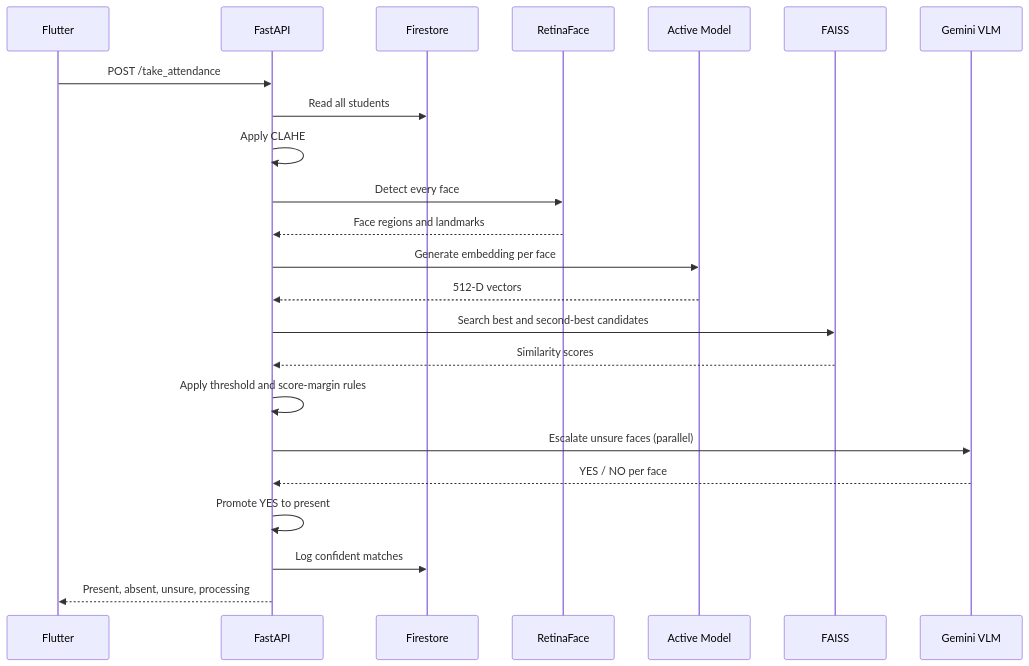
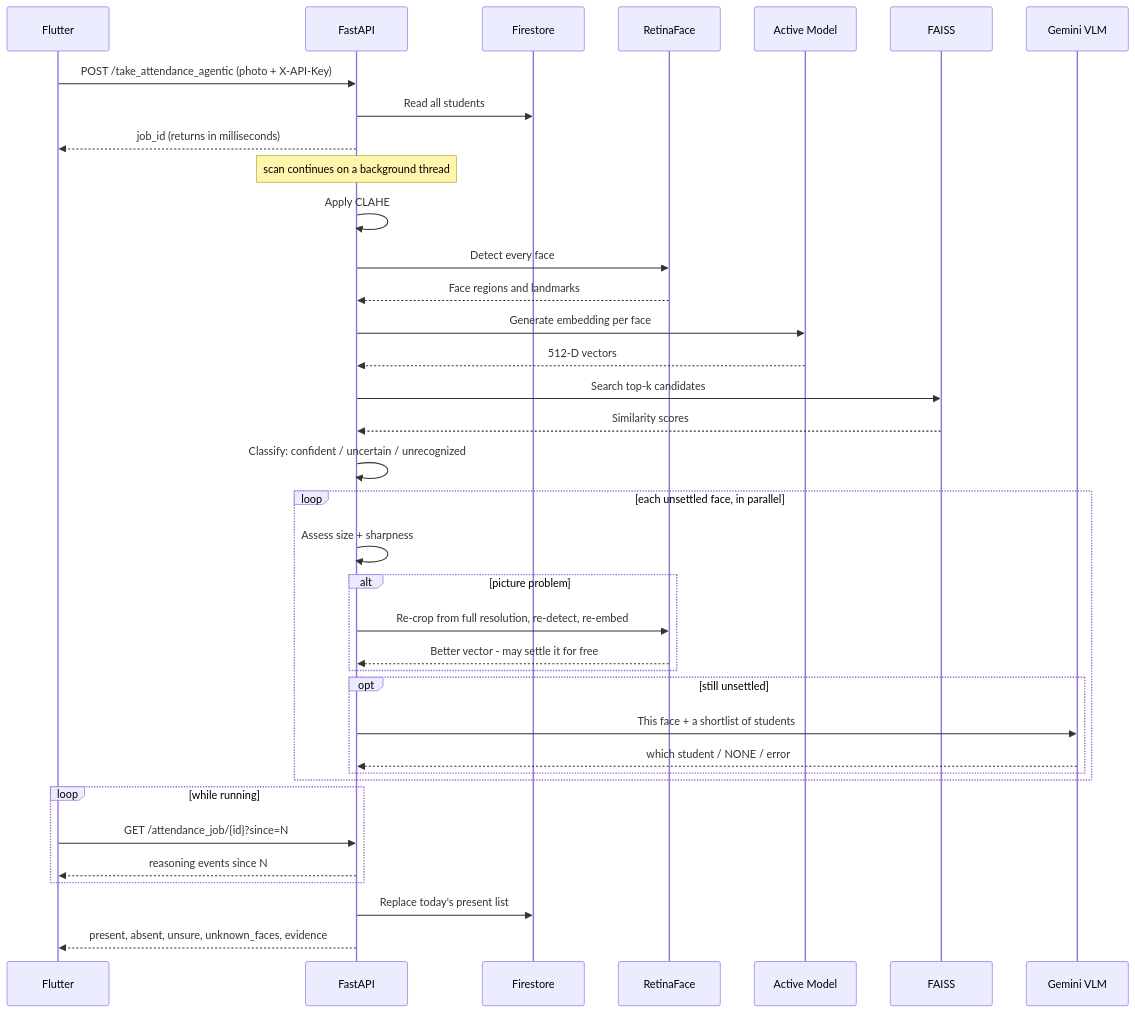
Before and after one commit to mounishsai-ai/ROLLCALL-AI: the third of 4 diagrams in system_design.md, drawn with Mermaid. The commit also changed other lines of this file and 7 other files, not shown here.

````diff
--- a/system_design.md
+++ b/system_design.md
@@ -128,26 +137,43 @@
 ```mermaid
 sequenceDiagram
     participant F as Flutter
     participant A as FastAPI
     participant DB as Firestore
     participant D as RetinaFace
     participant M as Active Model
     participant X as FAISS
     participant V as Gemini VLM
 
-    F->>A: POST /take_attendance
+    F->>A: POST /take_attendance_agentic (photo + X-API-Key)
     A->>DB: Read all students
+    A-->>F: job_id (returns in milliseconds)
+    Note over A: scan continues on a background thread
     A->>A: Apply CLAHE
     A->>D: Detect every face
     D-->>A: Face regions and landmarks
     A->>M: Generate embedding per face
     M-->>A: 512-D vectors
-    A->>X: Search best and second-best candidates
+    A->>X: Search top-k candidates
     X-->>A: Similarity scores
-    A->>A: Apply threshold and score-margin rules
-    A->>V: Escalate unsure faces (parallel)
-    V-->>A: YES / NO per face
-    A->>A: Promote YES to present
-    A->>DB: Log confident matches
-    A-->>F: Present, absent, unsure, processing
+    A->>A: Classify: confident / uncertain / unrecognized
+
+    loop each unsettled face, in parallel
+        A->>A: Assess size + sharpness
+        alt picture problem
+            A->>D: Re-crop from full resolution, re-detect, re-embed
+            D-->>A: Better vector - may settle it for free
+        end
+        opt still unsettled
+            A->>V: This face + a shortlist of students
+            V-->>A: which student / NONE / error
+        end
+    end
+
+    loop while running
+        F->>A: GET /attendance_job/{id}?since=N
+        A-->>F: reasoning events since N
+    end
+
+    A->>DB: Replace today's present list
+    A-->>F: present, absent, unsure, unknown_faces, evidence
 ```
````
